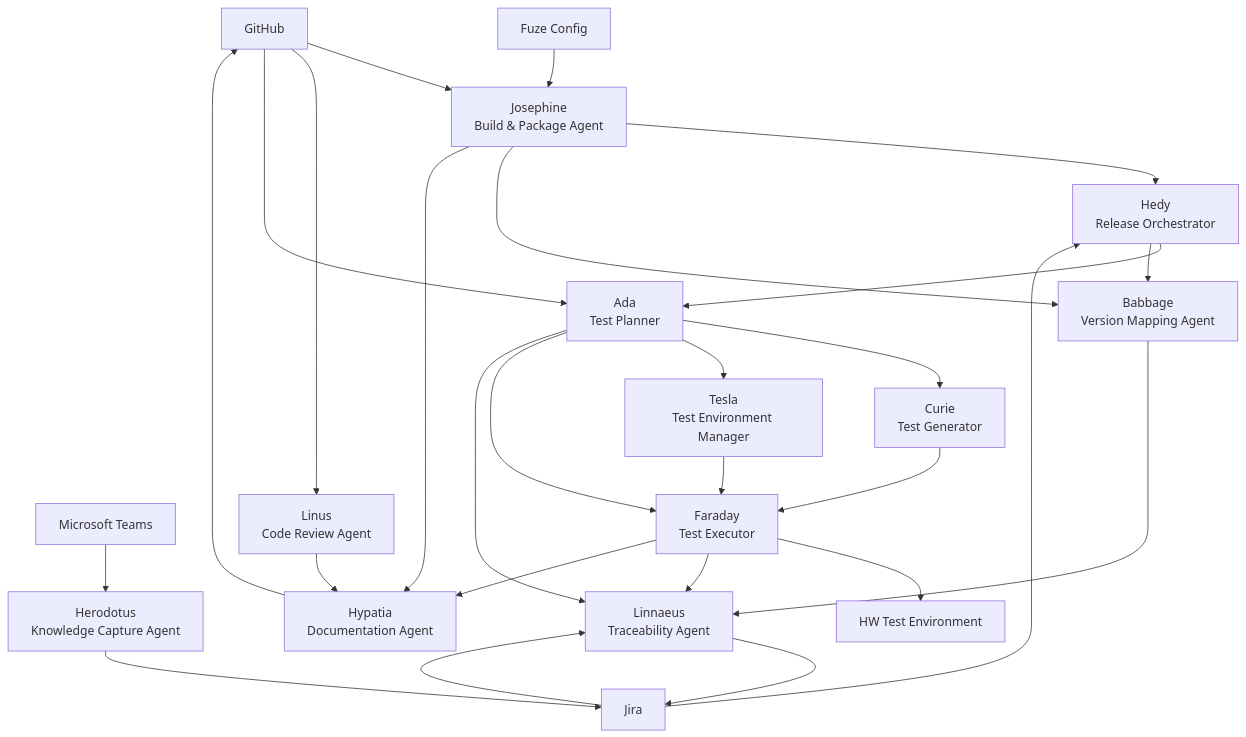
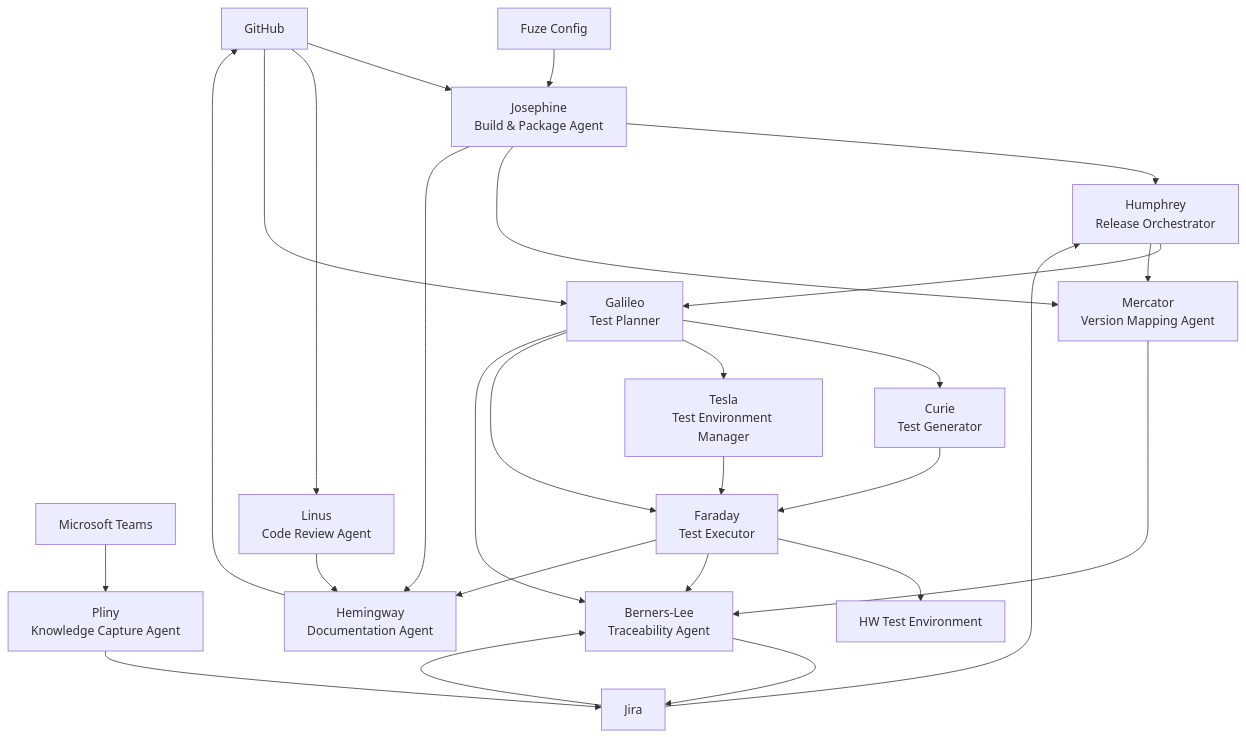
The first of 2 diagrams in docs/workforce/ai_agents_spec_complete.md (jmac-cornelis/agent-workforce), drawn with Mermaid before and after one commit. The commit also changed other lines of this file and 157 other files, not shown here.

````diff
--- a/docs/workforce/ai_agents_spec_complete.md
+++ b/docs/workforce/ai_agents_spec_complete.md
@@ -485,58 +485,58 @@
 ```mermaid
 flowchart TB
     %% External Systems
     GH["GitHub"]
     JIRA["Jira"]
     TEAMS["Microsoft Teams"]
     FUZE["Fuze Config"]
     HW["HW Test Environment"]
 
     %% Core Agents
     JOSEPHINE["Josephine<br/>Build & Package Agent"]
-    HEDY["Hedy<br/>Release Orchestrator"]
+    HEDY["Humphrey<br/>Release Orchestrator"]
     LINUS["Linus<br/>Code Review Agent"]
-    ADA["Ada<br/>Test Planner"]
+    ADA["Galileo<br/>Test Planner"]
     CURIE["Curie<br/>Test Generator"]
     FARADAY["Faraday<br/>Test Executor"]
     TESLA["Tesla<br/>Test Environment Manager"]
 
     %% Support Agents
-    HYPATIA["Hypatia<br/>Documentation Agent"]
-    BABBAGE["Babbage<br/>Version Mapping Agent"]
-    LINNAEUS["Linnaeus<br/>Traceability Agent"]
-    HERODOTUS["Herodotus<br/>Knowledge Capture Agent"]
+    HYPATIA["Hemingway<br/>Documentation Agent"]
+    BABBAGE["Mercator<br/>Version Mapping Agent"]
+    LINNAEUS["Berners-Lee<br/>Traceability Agent"]
+    HERODOTUS["Pliny<br/>Knowledge Capture Agent"]
 
     %% Primary Flows
     GH --> JOSEPHINE
     GH --> LINUS
     GH --> ADA
 
     FUZE --> JOSEPHINE
     JOSEPHINE --> HEDY
     HEDY --> ADA
     ADA --> CURIE
     ADA --> TESLA
     ADA --> FARADAY
     CURIE --> FARADAY
     TESLA --> FARADAY
     FARADAY --> HW
 
     JOSEPHINE --> BABBAGE
     HEDY --> BABBAGE
     BABBAGE --> LINNAEUS
     ADA --> LINNAEUS
     FARADAY --> LINNAEUS
     LINNAEUS --> JIRA
 
     JOSEPHINE --> HYPATIA
     LINUS --> HYPATIA
     FARADAY --> HYPATIA
     HYPATIA --> GH
 
     TEAMS --> HERODOTUS
     HERODOTUS --> JIRA
 
     %% Optional operational relationships
     JIRA --> HEDY
     JIRA --> LINNAEUS
 ```
````
